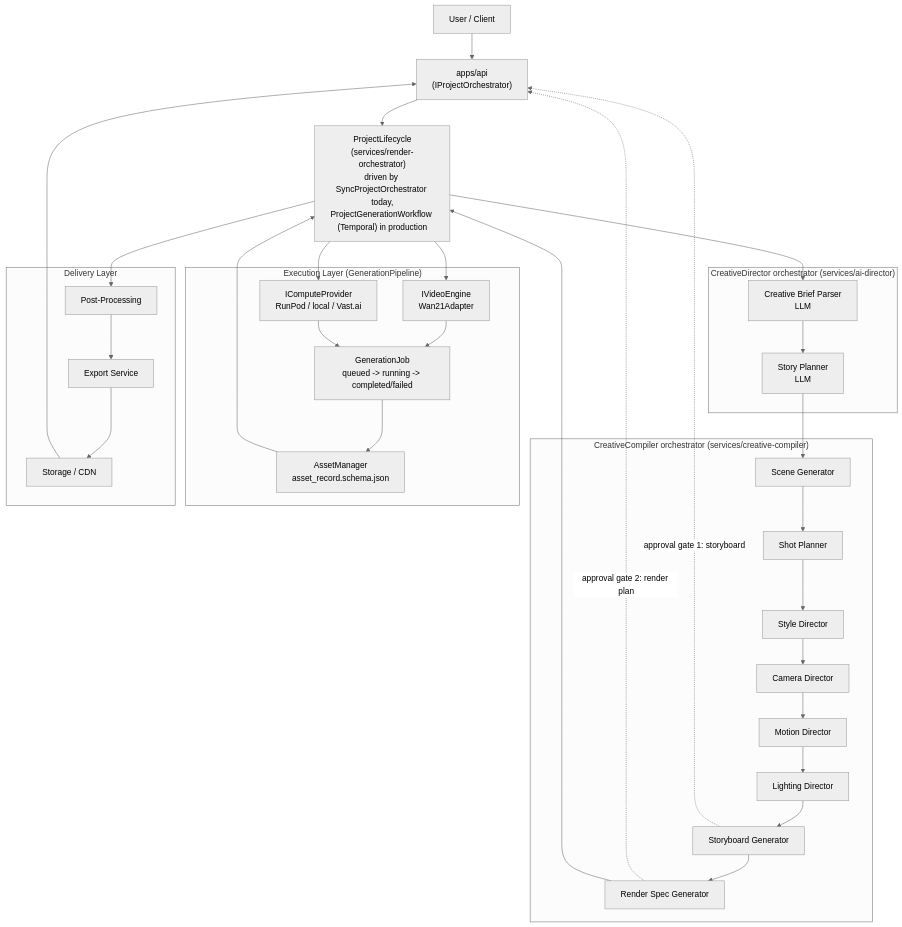
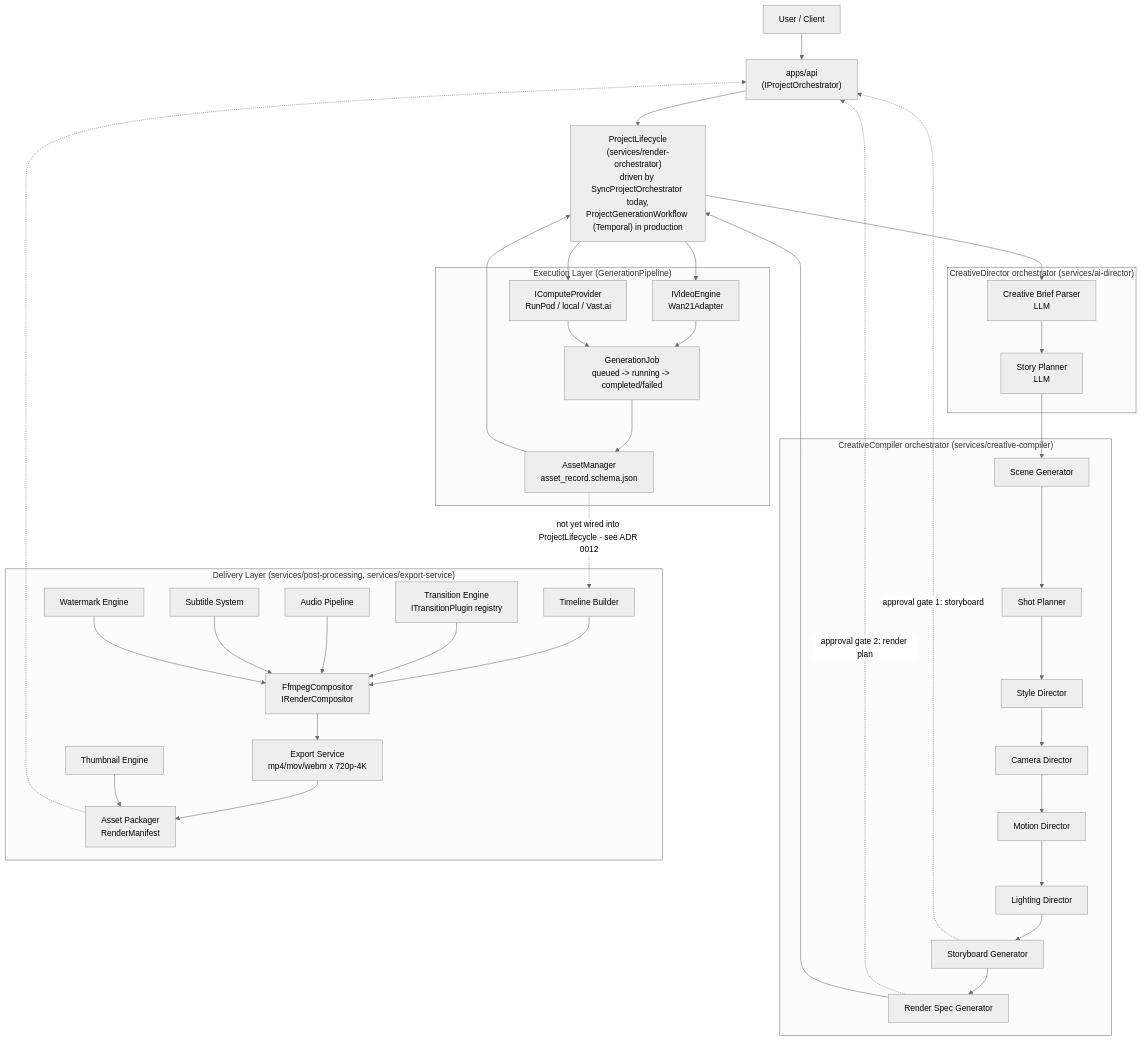
One commit to Y1X0/sallehly-ai-engine changed the first of 2 diagrams in docs/ARCHITECTURE.md. Above: the diagram before and after it, drawn with Mermaid (neutral theme). The commit also changed other lines of this file and 53 other files, not shown here.

````diff
--- a/docs/ARCHITECTURE.md
+++ b/docs/ARCHITECTURE.md
@@ -13,50 +13,64 @@
 ```mermaid
 flowchart TD
     U[User / Client] --> API["apps/api<br/>(IProjectOrchestrator)"]
     API --> ORCH["ProjectLifecycle<br/>(services/render-orchestrator)<br/>driven by SyncProjectOrchestrator today,<br/>ProjectGenerationWorkflow (Temporal) in production"]
 
     subgraph CD["CreativeDirector orchestrator (services/ai-director)"]
         BP[Creative Brief Parser<br/>LLM]
         STP[Story Planner<br/>LLM]
         BP --> STP
     end
 
     subgraph CC["CreativeCompiler orchestrator (services/creative-compiler)"]
         SB[Scene Generator]
         SP[Shot Planner]
         STY[Style Director]
         CAM[Camera Director]
         MOT[Motion Director]
         LIT[Lighting Director]
         SG[Storyboard Generator]
         RC[Render Spec Generator]
     end
 
     subgraph L2["Execution Layer (GenerationPipeline)"]
         ENGINE[IVideoEngine<br/>Wan21Adapter]
         COMPUTE[IComputeProvider<br/>RunPod / local / Vast.ai]
         JOB[GenerationJob<br/>queued -> running -> completed/failed]
         ASSET[AssetManager<br/>asset_record.schema.json]
         ENGINE --> JOB
         COMPUTE --> JOB
         JOB --> ASSET
     end
 
-    subgraph L3[Delivery Layer]
-        PP[Post-Processing]
-        EXP[Export Service]
-        CDN[Storage / CDN]
+    subgraph L3["Delivery Layer (services/post-processing, services/export-service)"]
+        TL[Timeline Builder]
+        TE[Transition Engine<br/>ITransitionPlugin registry]
+        AP[Audio Pipeline]
+        SUB[Subtitle System]
+        WM[Watermark Engine]
+        COMP[FfmpegCompositor<br/>IRenderCompositor]
+        THUMB[Thumbnail Engine]
+        EXP[Export Service<br/>mp4/mov/webm x 720p-4K]
+        PKG[Asset Packager<br/>RenderManifest]
+        TL --> COMP
+        TE --> COMP
+        AP --> COMP
+        SUB --> COMP
+        WM --> COMP
+        COMP --> EXP --> PKG
+        THUMB --> PKG
     end
 
     ORCH --> BP
     STP --> SB --> SP
     SP --> STY --> CAM --> MOT --> LIT --> SG
     SG -.->|approval gate 1: storyboard| API
     SG --> RC
     RC -.->|approval gate 2: render plan| API
     RC --> ORCH
     ORCH --> ENGINE
     ORCH --> COMPUTE
     ASSET --> ORCH
-    ORCH --> PP --> EXP --> CDN --> API
+    ASSET -.->|"not yet wired into ProjectLifecycle - see ADR 0012"| TL
+    PKG -.-> API
 ```
````
